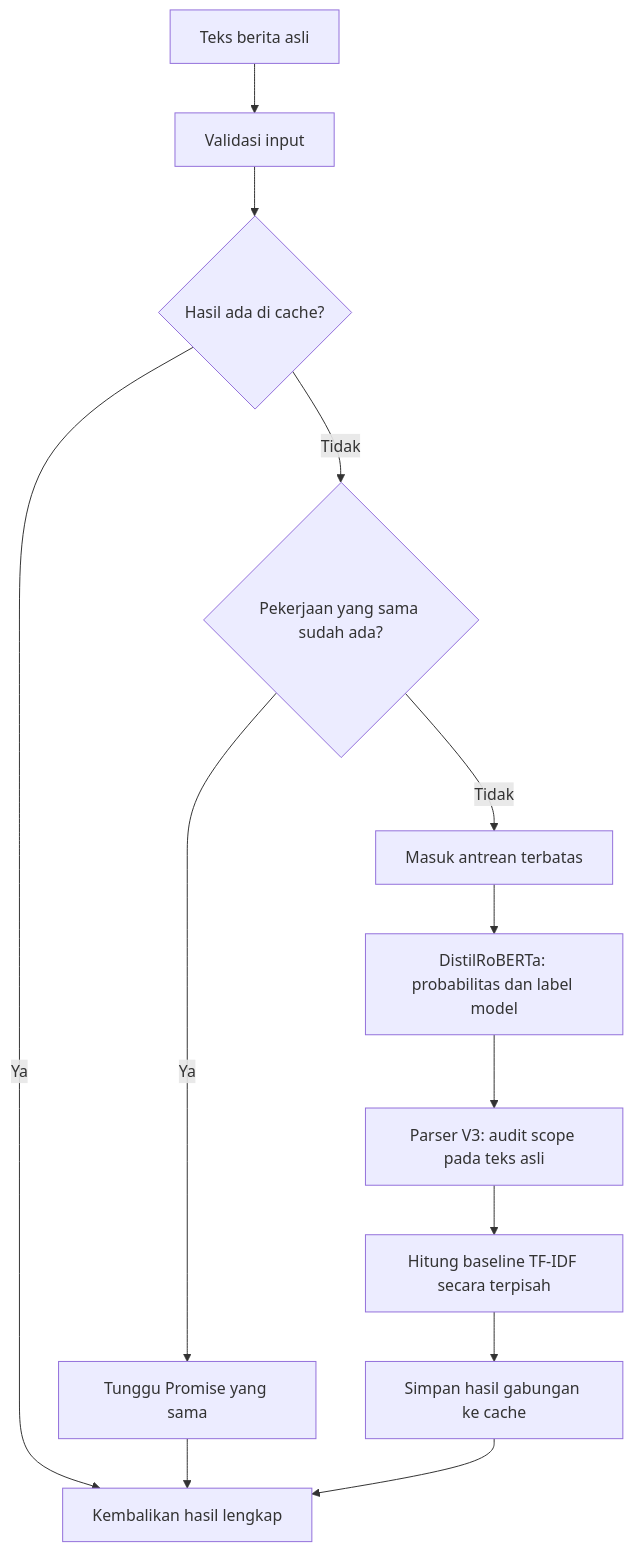
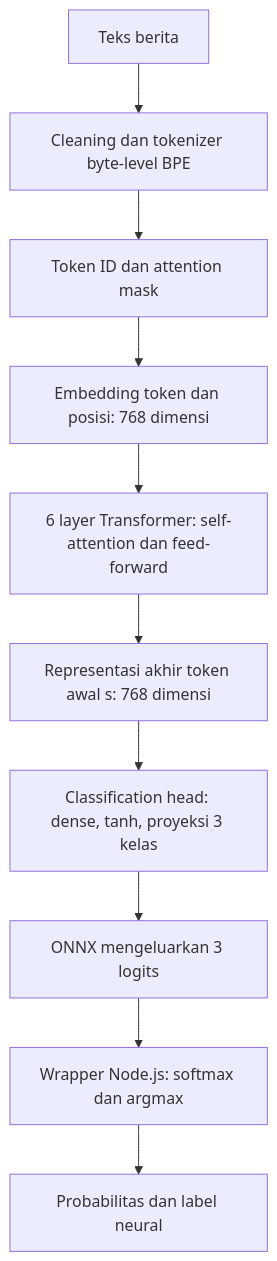
The diagram in services/sentiment-node/models/onnx-fp32/README.md (christoverhendri/bitcoin-iris), drawn with Mermaid before and after one commit. The commit also changed other lines of this file and 1 other file, not shown here.

Commit message:
docs(sentiment): explain DistilRoBERTa neural internals

````diff
--- a/services/sentiment-node/models/onnx-fp32/README.md
+++ b/services/sentiment-node/models/onnx-fp32/README.md
@@ -31,15 +33,12 @@
 ```mermaid
 flowchart TD
-    A[Teks berita asli] --> B[Validasi input]
-    B --> C{Hasil ada di cache?}
-    C -->|Ya| R[Kembalikan hasil lengkap]
-    C -->|Tidak| D{Pekerjaan yang sama sudah ada?}
-    D -->|Ya| W[Tunggu Promise yang sama]
-    W --> R
-    D -->|Tidak| Q[Masuk antrean terbatas]
-    Q --> N[DistilRoBERTa: probabilitas dan label model]
-    N --> P[Parser V3: audit scope pada teks asli]
-    P --> T[Hitung baseline TF-IDF secara terpisah]
-    T --> S[Simpan hasil gabungan ke cache]
-    S --> R
+    A[Teks berita] --> B[Cleaning dan tokenizer byte-level BPE]
+    B --> C[Token ID dan attention mask]
+    C --> D[Embedding token dan posisi: 768 dimensi]
+    D --> E[6 layer Transformer: self-attention dan feed-forward]
+    E --> F[Representasi akhir token awal s: 768 dimensi]
+    F --> G[Classification head: dense, tanh, proyeksi 3 kelas]
+    G --> H[ONNX mengeluarkan 3 logits]
+    H --> I[Wrapper Node.js: softmax dan argmax]
+    I --> J[Probabilitas dan label neural]
 ```
````
